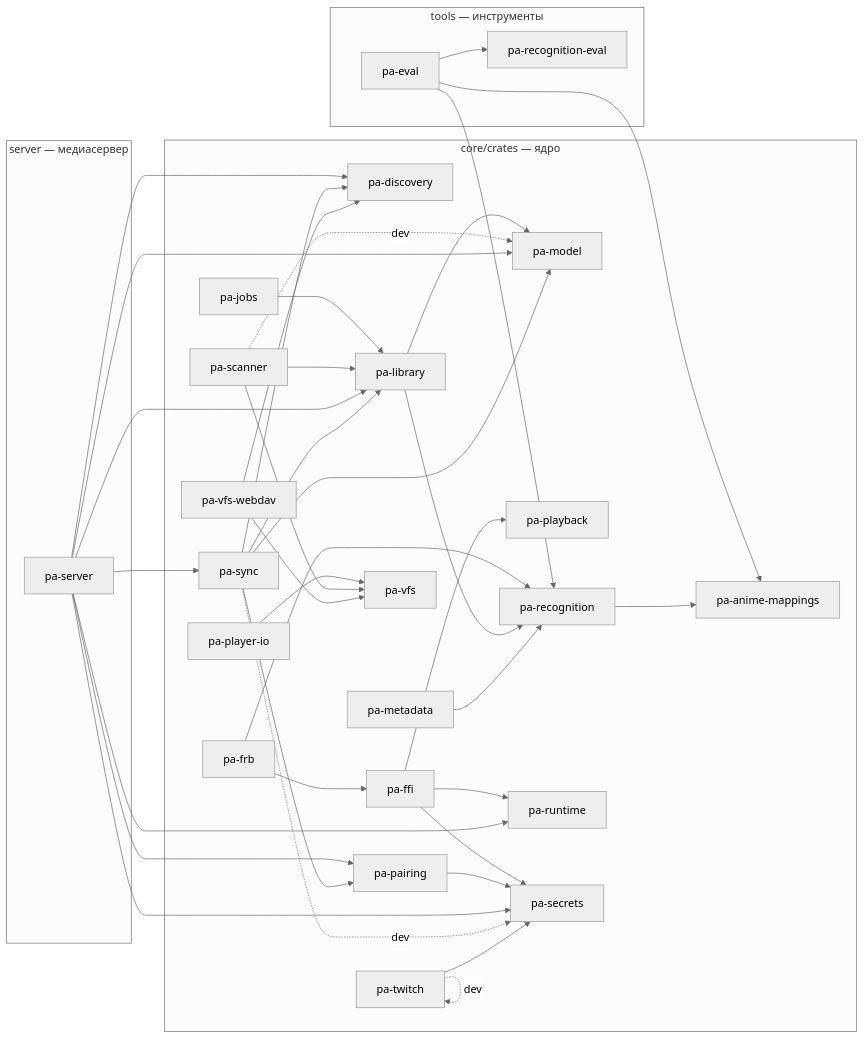
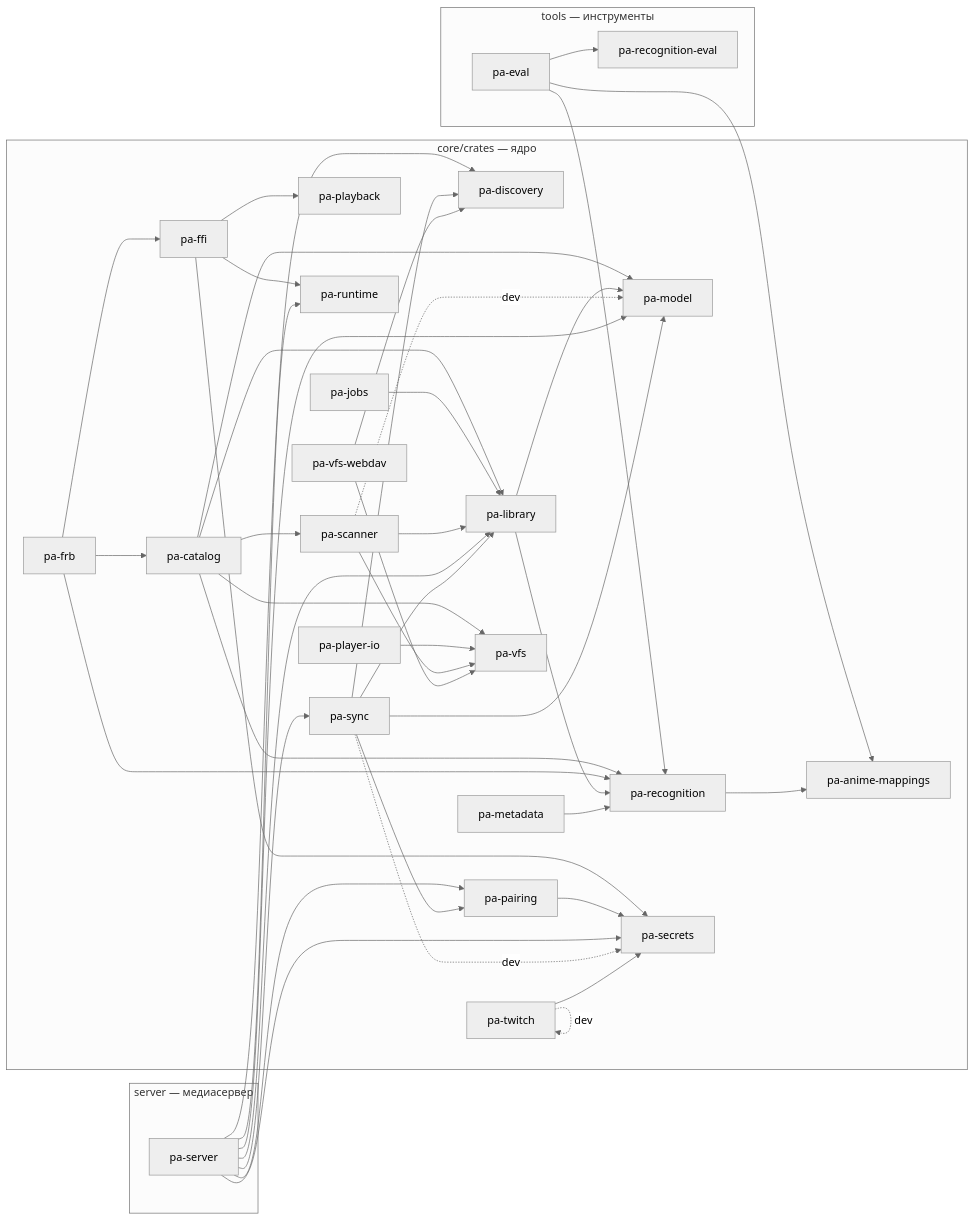
One commit to DenisHumen/project_alpha changed the diagram in docs/dev/crate-graph.md. Above: the diagram before and after it, drawn with Mermaid (neutral theme). The commit also changed other lines of this file and 2 other files, not shown here.

Commit message:
Merge main; assign ADR numbers

````diff
--- a/docs/dev/crate-graph.md
+++ b/docs/dev/crate-graph.md
@@ -12,65 +12,72 @@
 ```mermaid
 flowchart LR
   subgraph g0["core/crates — ядро"]
     pa_anime_mappings["pa-anime-mappings"]
+    pa_catalog["pa-catalog"]
     pa_discovery["pa-discovery"]
     pa_ffi["pa-ffi"]
     pa_frb["pa-frb"]
     pa_jobs["pa-jobs"]
     pa_library["pa-library"]
     pa_metadata["pa-metadata"]
     pa_model["pa-model"]
     pa_pairing["pa-pairing"]
     pa_playback["pa-playback"]
     pa_player_io["pa-player-io"]
     pa_recognition["pa-recognition"]
     pa_runtime["pa-runtime"]
     pa_scanner["pa-scanner"]
     pa_secrets["pa-secrets"]
     pa_sync["pa-sync"]
     pa_twitch["pa-twitch"]
     pa_vfs["pa-vfs"]
     pa_vfs_webdav["pa-vfs-webdav"]
   end
   subgraph g1["server — медиасервер"]
     pa_server["pa-server"]
   end
   subgraph g2["tools — инструменты"]
     pa_eval["pa-eval"]
     pa_recognition_eval["pa-recognition-eval"]
   end
+  pa_catalog --> pa_library
+  pa_catalog --> pa_model
+  pa_catalog --> pa_recognition
+  pa_catalog --> pa_scanner
+  pa_catalog --> pa_vfs
   pa_eval --> pa_anime_mappings
   pa_eval --> pa_recognition
   pa_eval --> pa_recognition_eval
   pa_ffi --> pa_playback
   pa_ffi --> pa_runtime
   pa_ffi --> pa_secrets
+  pa_frb --> pa_catalog
   pa_frb --> pa_ffi
   pa_frb --> pa_recognition
   pa_jobs --> pa_library
   pa_library --> pa_model
   pa_library --> pa_recognition
   pa_metadata --> pa_recognition
   pa_pairing --> pa_secrets
   pa_player_io --> pa_vfs
   pa_recognition --> pa_anime_mappings
   pa_scanner --> pa_library
   pa_scanner -. dev .-> pa_model
   pa_scanner --> pa_vfs
   pa_server --> pa_discovery
   pa_server --> pa_library
   pa_server --> pa_model
   pa_server --> pa_pairing
   pa_server --> pa_runtime
   pa_server --> pa_secrets
   pa_server --> pa_sync
   pa_sync --> pa_discovery
   pa_sync --> pa_library
   pa_sync --> pa_model
   pa_sync --> pa_pairing
   pa_sync -. dev .-> pa_secrets
   pa_twitch --> pa_secrets
   pa_twitch -. dev .-> pa_twitch
   pa_vfs_webdav --> pa_discovery
   pa_vfs_webdav --> pa_vfs
 ```
````
